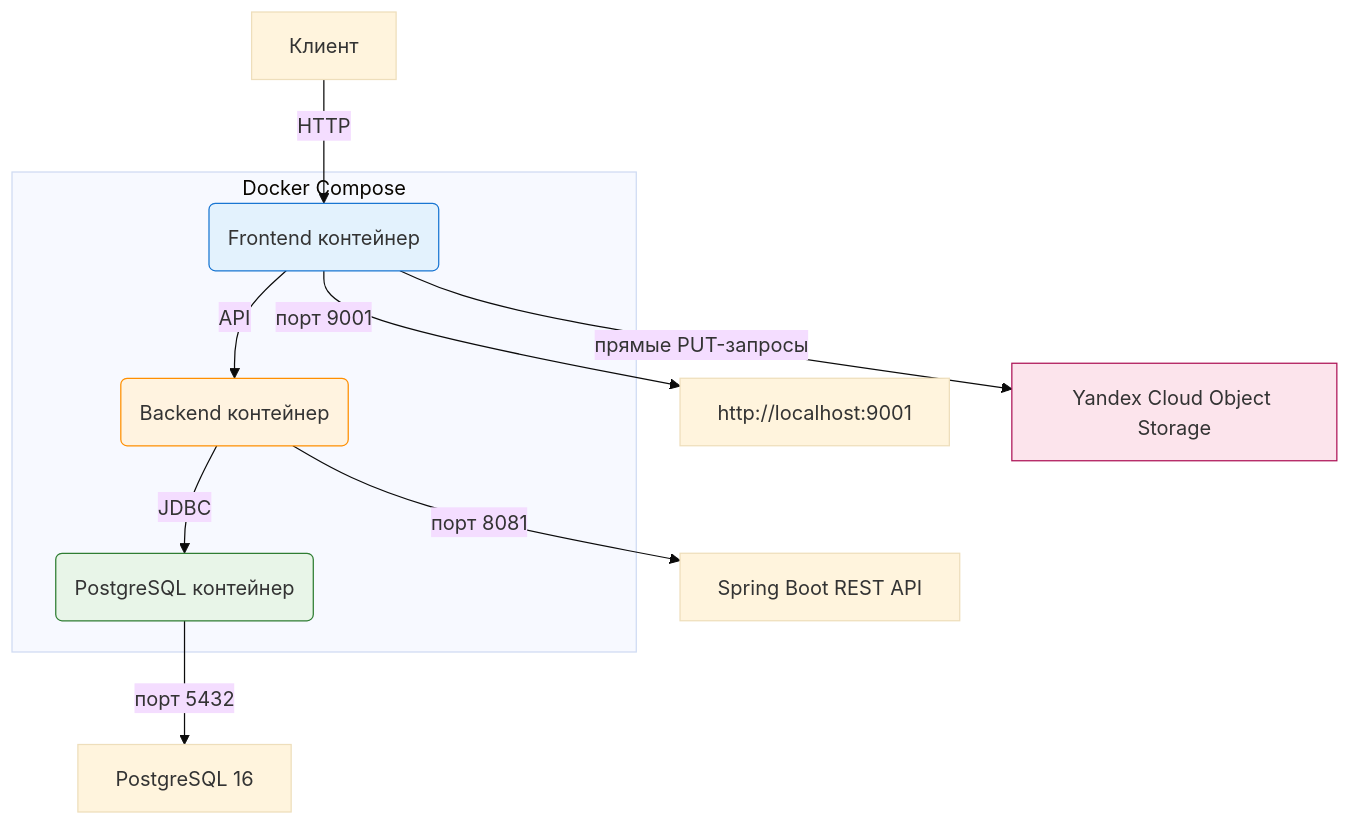
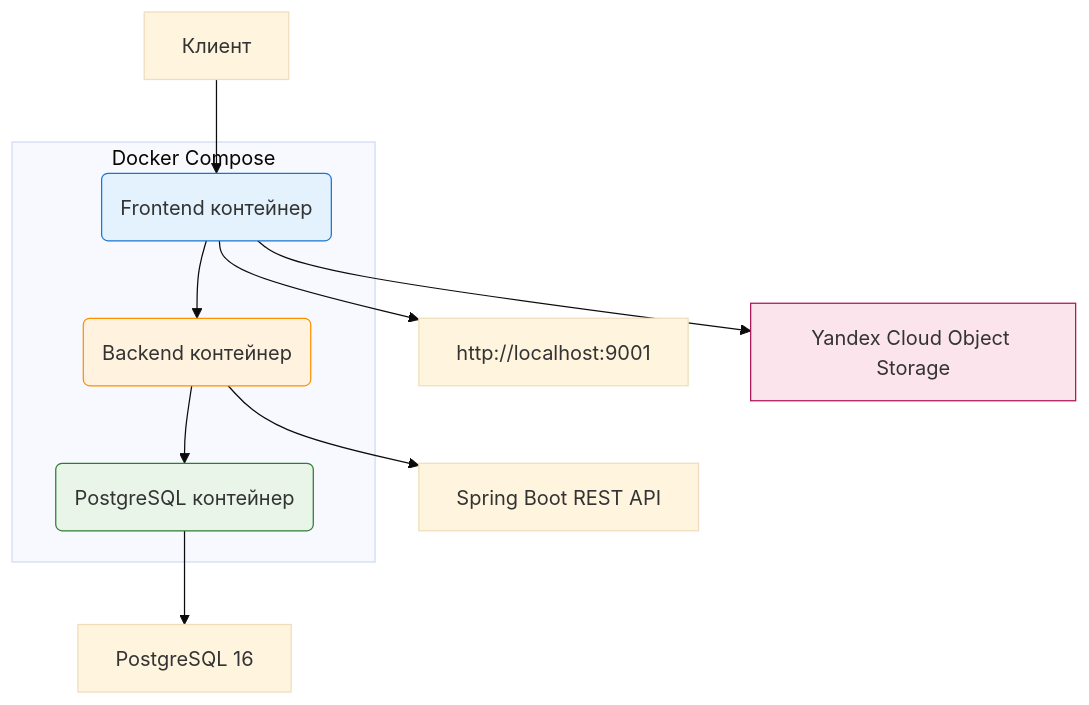
One commit to Komissarich/Changellenge_hackaton_2025 changed the diagram in README.md. Above: the diagram before and after it, drawn with Mermaid (base theme).

Commit message:
added readmev3

````diff
--- a/README.md
+++ b/README.md
@@ -8,19 +8,19 @@
 ```mermaid
 graph TD
-    A[Клиент] -->|HTTP| B(Frontend контейнер)
-    B -->|порт 9001| C[http://localhost:9001]
-    B -->|API| D(Backend контейнер)
-    D -->|порт 8081| E[Spring Boot REST API]
-    D -->|JDBC| F(PostgreSQL контейнер)
-    F -->|порт 5432| G[PostgreSQL 16]
-    B -->|прямые PUT-запросы| H[Yandex Cloud Object Storage]
+    A[Клиент] --> B(Frontend контейнер)
+    B --> C[http://localhost:9001]
+    B --> D(Backend контейнер)
+    D --> E[Spring Boot REST API]
+    D --> F(PostgreSQL контейнер)
+    F --> G[PostgreSQL 16]
+    B -->H[Yandex Cloud Object Storage]
 
     subgraph Docker Compose
         B & D & F
     end
 
     style B fill:#E3F2FD,stroke:#1976D2
     style D fill:#FFF3E0,stroke:#FF8F00
     style F fill:#E8F5E8,stroke:#2E7D32
     style H fill:#FCE4EC,stroke:#AD1457
 ```
````
